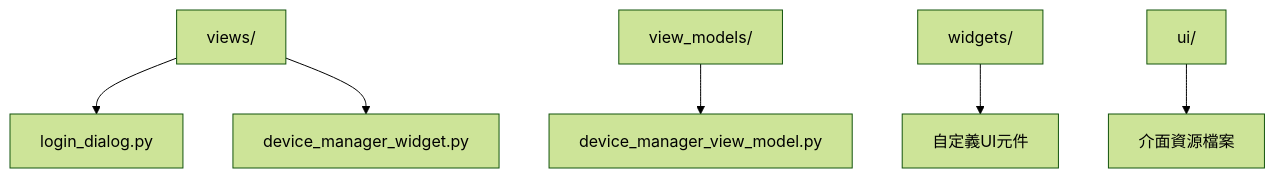
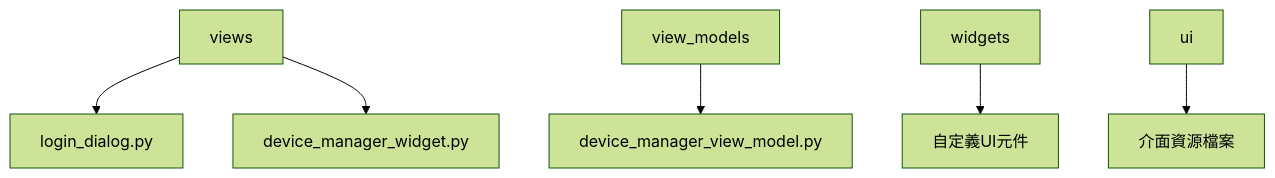
One commit to MingYuan-Chen/orion_v2 changed the second of 9 diagrams in orion_developer_document.md. Above: the diagram before and after it, drawn with Mermaid (forest theme). The commit also changed other lines of this file, not shown here.

Commit message:
update developer document - flow chart display2

````diff
--- a/orion_developer_document.md
+++ b/orion_developer_document.md
@@ -106,13 +106,13 @@
 ```mermaid
 graph TD
-    A[views/]
-    B[view_models/]
-    C[widgets/]
-    D[ui/]
+    A[views]
+    B[view_models]
+    C[widgets]
+    D[ui]
     
     A --> A1[login_dialog.py]
     A --> A2[device_manager_widget.py]
     B --> B1[device_manager_view_model.py]
     C --> C1[自定義UI元件]
     D --> D1[介面資源檔案]
 ```
````
